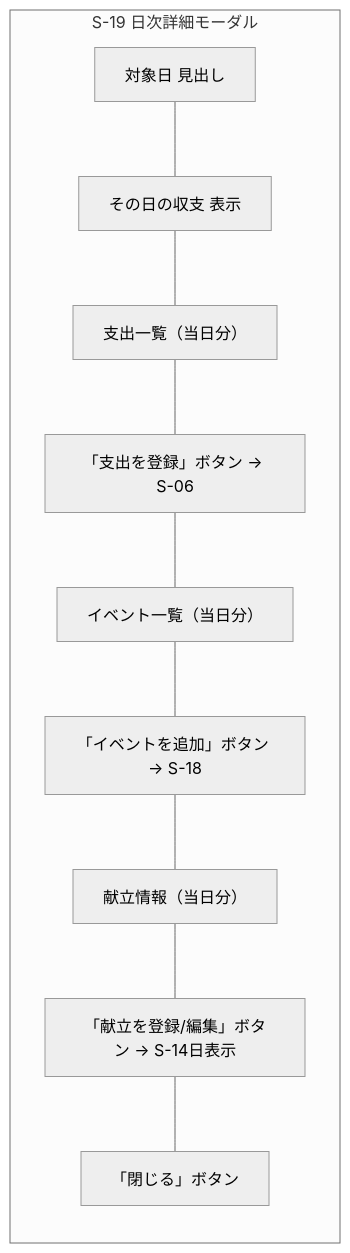
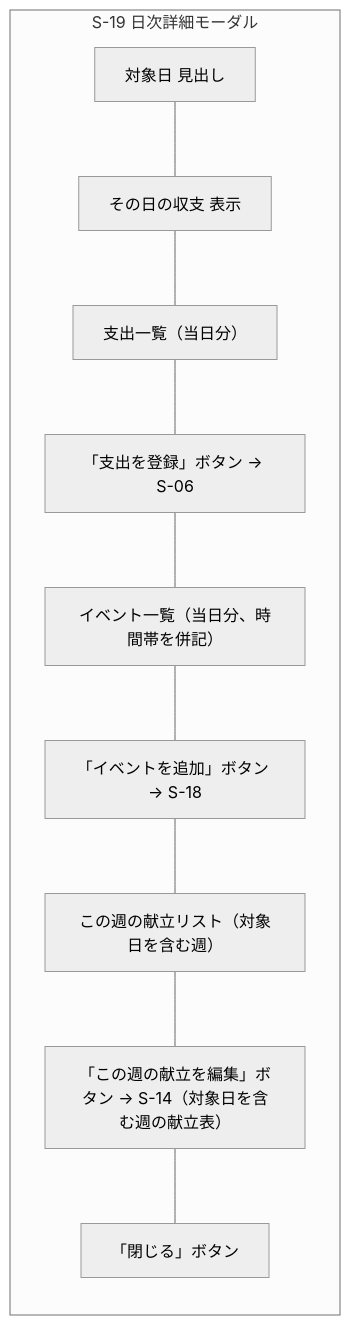
Before and after one commit to yamamotonaoki3/HomeLog: diagram 17 of 18 in docs/details/wireframes.md, drawn with Mermaid (neutral theme). The commit also changed other lines of this file and 22 other files, not shown here.

````diff
--- a/docs/details/wireframes.md
+++ b/docs/details/wireframes.md
@@ -679,16 +743,16 @@
 ```mermaid
 flowchart TD
     subgraph Modal["S-19 日次詳細モーダル"]
         direction TB
         DateHeader["対象日 見出し"]
         Balance["その日の収支 表示"]
         ExpenseList["支出一覧（当日分）"]
         AddExpenseBtn["「支出を登録」ボタン → S-06"]
-        EventList["イベント一覧（当日分）"]
+        EventList["イベント一覧（当日分、時間帯を併記）"]
         AddEventBtn["「イベントを追加」ボタン → S-18"]
-        MenuInfo["献立情報（当日分）"]
-        AddMenuBtn["「献立を登録/編集」ボタン → S-14日表示"]
+        MenuInfo["この週の献立リスト（対象日を含む週）"]
+        AddMenuBtn["「この週の献立を編集」ボタン → S-14（対象日を含む週の献立表）"]
         CloseBtn["「閉じる」ボタン"]
     end
     DateHeader --- Balance --- ExpenseList --- AddExpenseBtn --- EventList --- AddEventBtn --- MenuInfo --- AddMenuBtn --- CloseBtn
 ```
````
